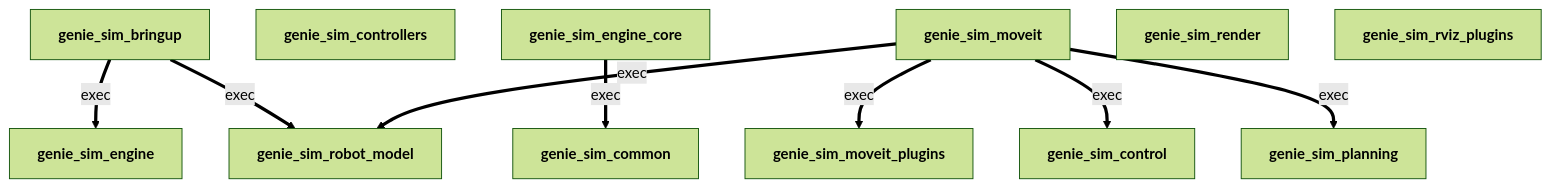
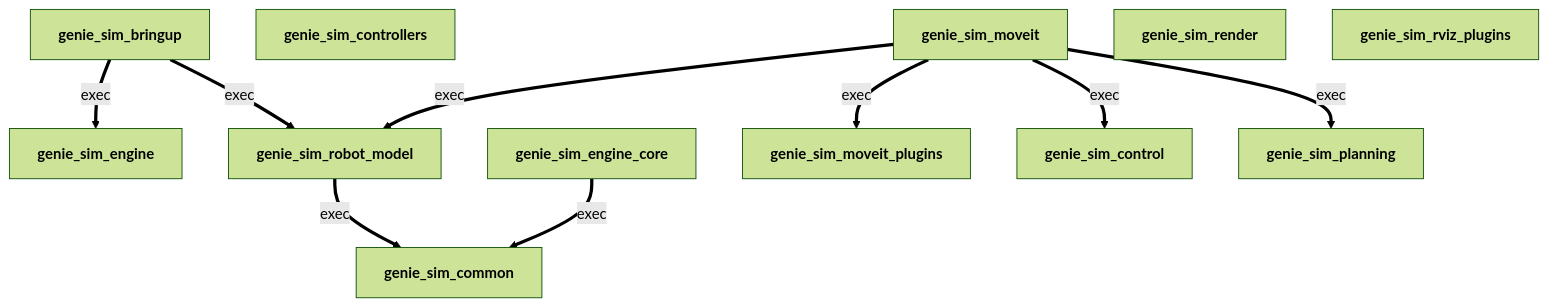
Before and after one commit to AgibotTech/genie_sim: the diagram in source/geniesim_ros/README.md, drawn with Mermaid (forest theme). The commit also changed 36 other files, not shown here.

First line of the commit message:
feat(robot-model): integrate Wuji and gripperless robot variants

````diff
--- a/source/geniesim_ros/README.md
+++ b/source/geniesim_ros/README.md
@@ -221,28 +221,29 @@
 ```mermaid
 graph TD
   %% Auto-generated by `geniesim tool ros-dag --fix`.
   %% Edges: -->|build|/|buildtool| build-time deps;
   %%        ==>|exec| runtime deps; -.->|test| test deps.
   %% Source: source/geniesim_ros/src/ros_ws/src/*/package.xml.
 
   genie_sim_bringup["<b>genie_sim_bringup</b>"]
   genie_sim_common["<b>genie_sim_common</b>"]
   genie_sim_control["<b>genie_sim_control</b>"]
   genie_sim_controllers["<b>genie_sim_controllers</b>"]
   genie_sim_engine["<b>genie_sim_engine</b>"]
   genie_sim_engine_core["<b>genie_sim_engine_core</b>"]
   genie_sim_moveit["<b>genie_sim_moveit</b>"]
   genie_sim_moveit_plugins["<b>genie_sim_moveit_plugins</b>"]
   genie_sim_planning["<b>genie_sim_planning</b>"]
   genie_sim_render["<b>genie_sim_render</b>"]
   genie_sim_robot_model["<b>genie_sim_robot_model</b>"]
   genie_sim_rviz_plugins["<b>genie_sim_rviz_plugins</b>"]
 
   genie_sim_bringup ==>|exec| genie_sim_engine
   genie_sim_bringup ==>|exec| genie_sim_robot_model
   genie_sim_moveit ==>|exec| genie_sim_robot_model
   genie_sim_moveit ==>|exec| genie_sim_moveit_plugins
   genie_sim_moveit ==>|exec| genie_sim_control
   genie_sim_moveit ==>|exec| genie_sim_planning
   genie_sim_engine_core ==>|exec| genie_sim_common
+  genie_sim_robot_model ==>|exec| genie_sim_common
 ```
````
